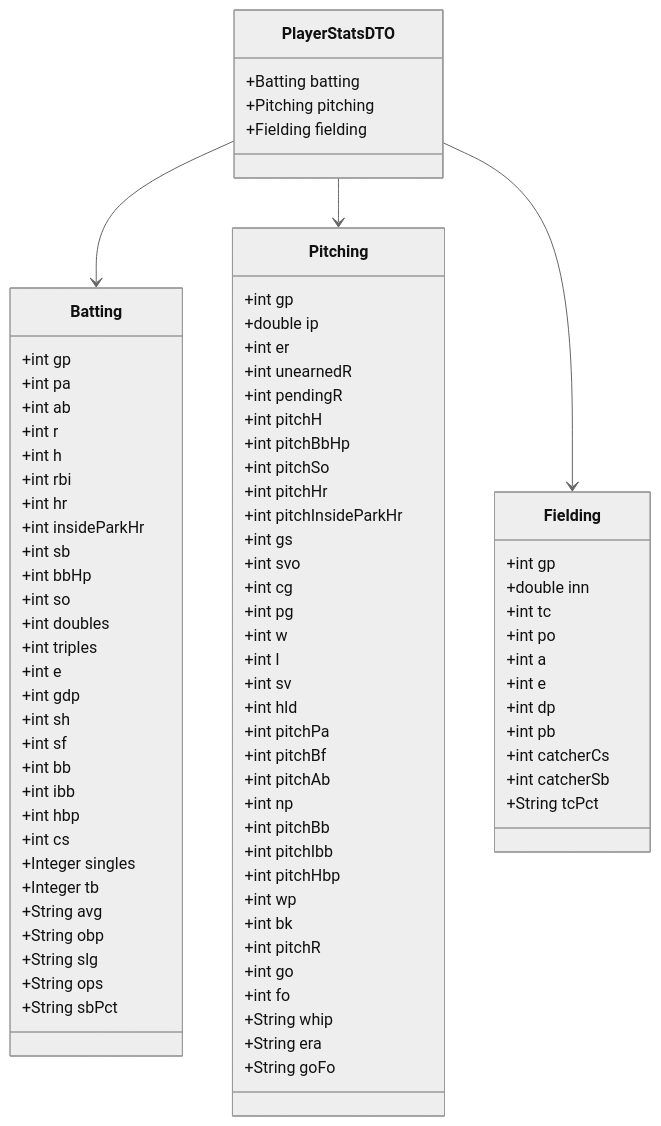
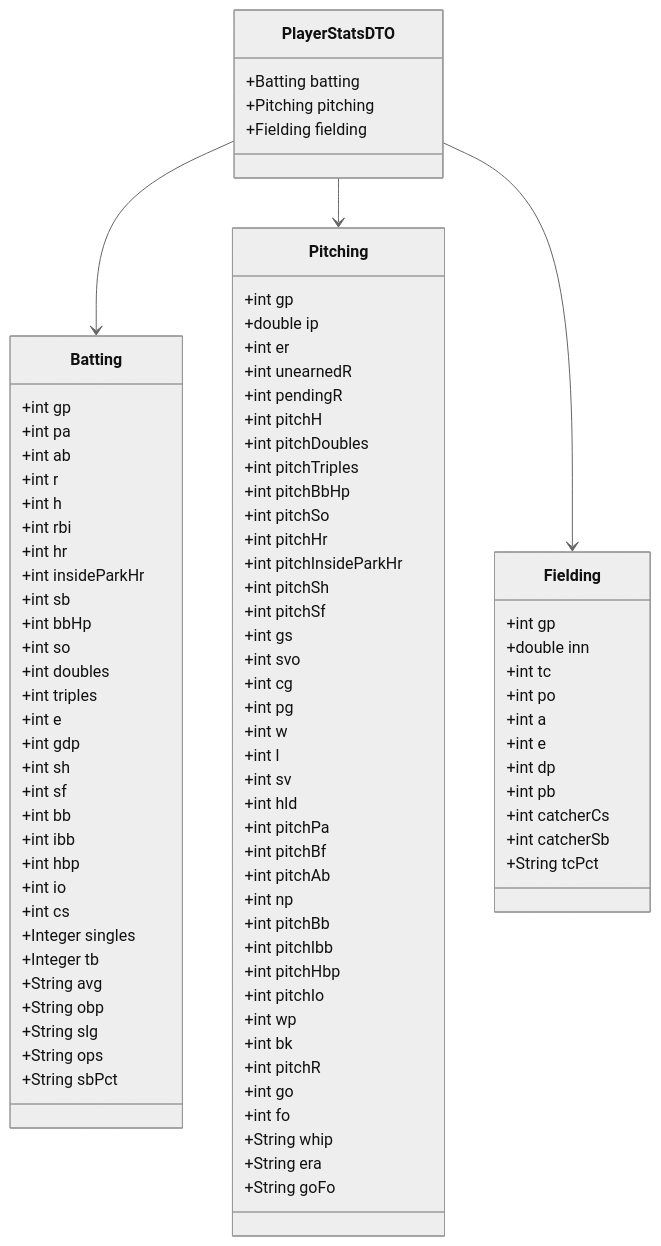
The fifth of 6 diagrams in docs/tech/数据模型设计/统计实体.md (skvan/bsdone), drawn with Mermaid (neutral theme) before and after one commit. The commit also changed other lines of this file and 35 other files, not shown here.

```diff
--- a/docs/tech/数据模型设计/统计实体.md
+++ b/docs/tech/数据模型设计/统计实体.md
@@ -240,6 +242,7 @@
 +int bb
 +int ibb
 +int hbp
++int io
 +int cs
 +Integer singles
 +Integer tb
@@ -256,10 +259,14 @@
 +int unearnedR
 +int pendingR
 +int pitchH
++int pitchDoubles
++int pitchTriples
 +int pitchBbHp
 +int pitchSo
 +int pitchHr
 +int pitchInsideParkHr
++int pitchSh
++int pitchSf
 +int gs
 +int svo
 +int cg
@@ -275,6 +282,7 @@
 +int pitchBb
 +int pitchIbb
 +int pitchHbp
++int pitchIo
 +int wp
 +int bk
 +int pitchR
```
